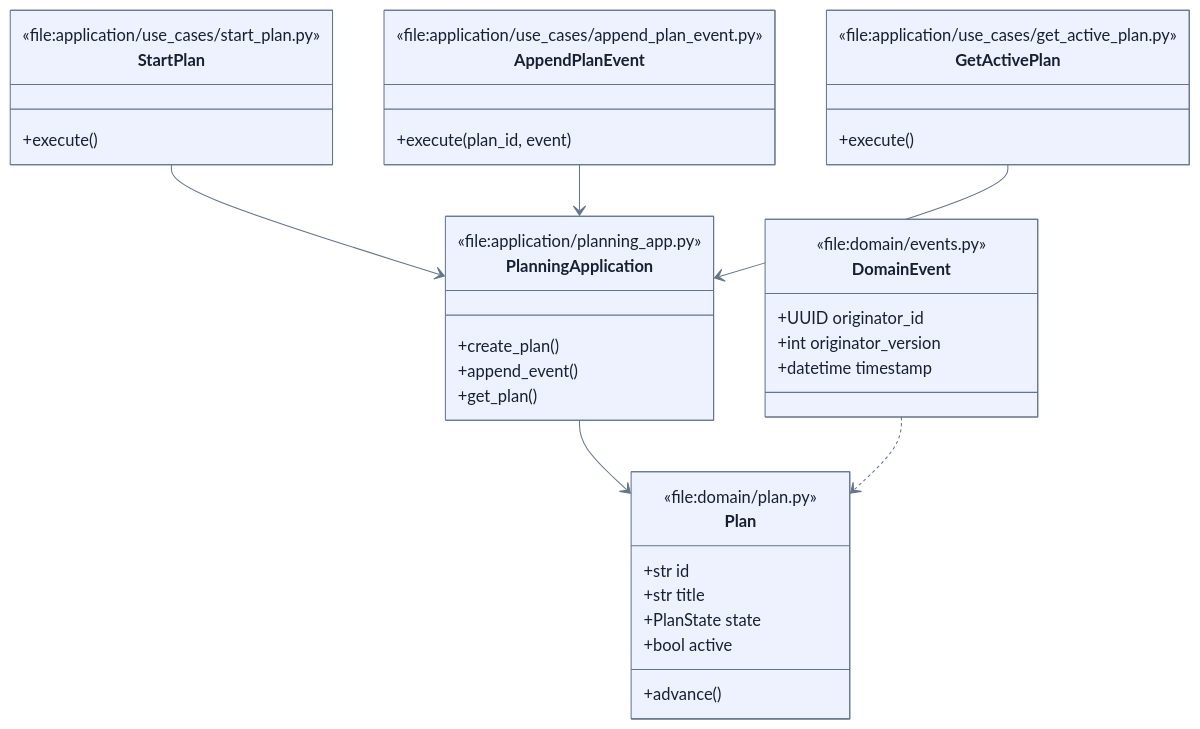
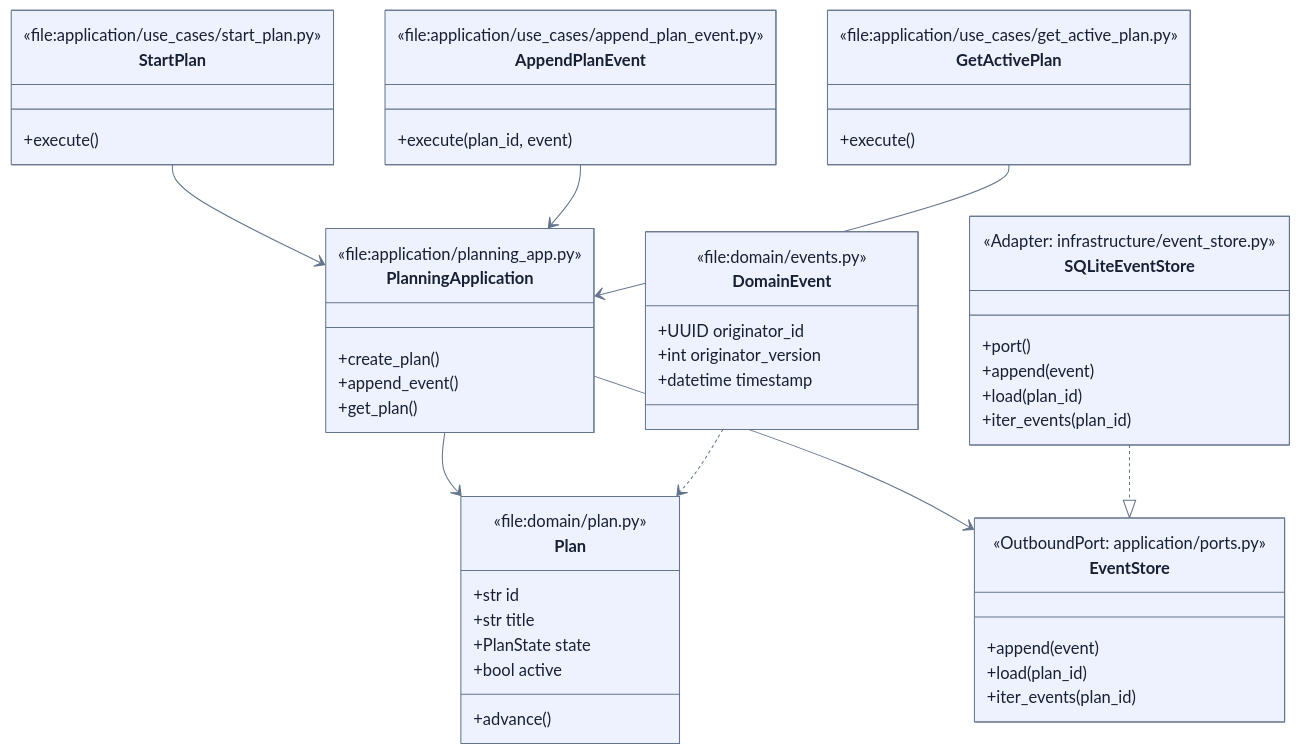
One commit to 9orky/enclosure changed the second of 3 diagrams in .enclosure/plans/planning-workflow/epics/event-sourced-core/SCHEMAS.md. Above: the diagram before and after it, drawn with Mermaid. The commit also changed other lines of this file and 19 other files, not shown here.

````diff
--- a/.enclosure/plans/planning-workflow/epics/event-sourced-core/SCHEMAS.md
+++ b/.enclosure/plans/planning-workflow/epics/event-sourced-core/SCHEMAS.md
@@ -60,48 +67,65 @@
 ```mermaid
 %% contract: symbols
 %%{init: {"theme": "base", "themeVariables": {"primaryColor": "#eef2ff", "primaryTextColor": "#172033", "primaryBorderColor": "#64748b", "lineColor": "#64748b"}}}%%
 classDiagram
     class StartPlan {
       <<file:application/use_cases/start_plan.py>>
       +execute()
     }
 
     class AppendPlanEvent {
       <<file:application/use_cases/append_plan_event.py>>
       +execute(plan_id, event)
     }
 
     class GetActivePlan {
       <<file:application/use_cases/get_active_plan.py>>
       +execute()
     }
 
     class PlanningApplication {
       <<file:application/planning_app.py>>
       +create_plan()
       +append_event()
       +get_plan()
     }
 
+    class EventStore {
+      <<OutboundPort: application/ports.py>>
+      +append(event)
+      +load(plan_id)
+      +iter_events(plan_id)
+    }
+
+    class SQLiteEventStore {
+      <<Adapter: infrastructure/event_store.py>>
+      +port()
+      +append(event)
+      +load(plan_id)
+      +iter_events(plan_id)
+    }
+
     class Plan {
       <<file:domain/plan.py>>
       +str id
       +str title
       +PlanState state
       +bool active
       +advance()
     }
 
     class DomainEvent {
       <<file:domain/events.py>>
       +UUID originator_id
       +int originator_version
       +datetime timestamp
     }
 
     StartPlan --> PlanningApplication
     AppendPlanEvent --> PlanningApplication
     GetActivePlan --> PlanningApplication
     PlanningApplication --> Plan
+    PlanningApplication --> EventStore
+    SQLiteEventStore ..|> EventStore
     DomainEvent ..> Plan
 ```
````
